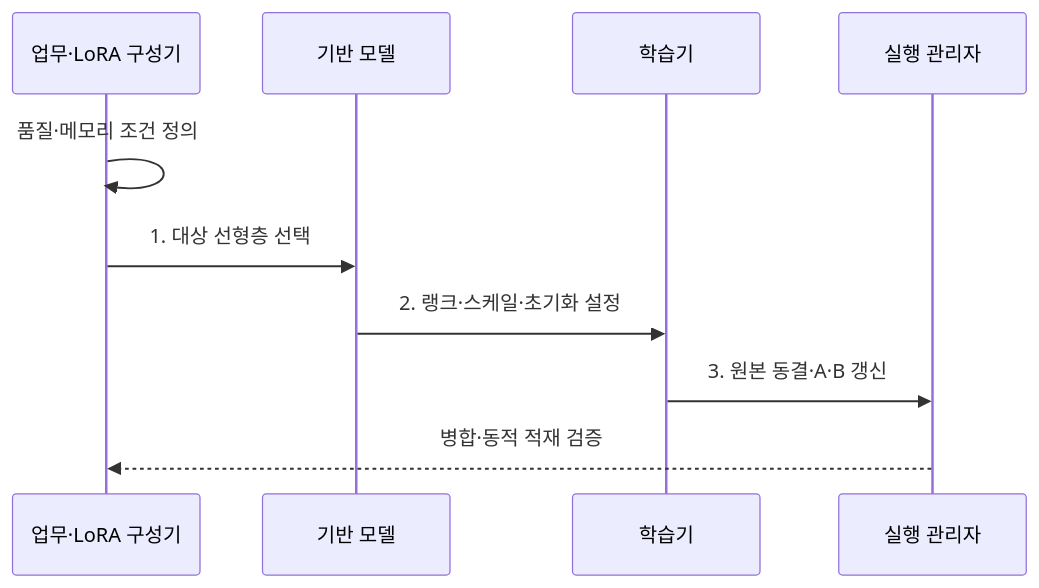
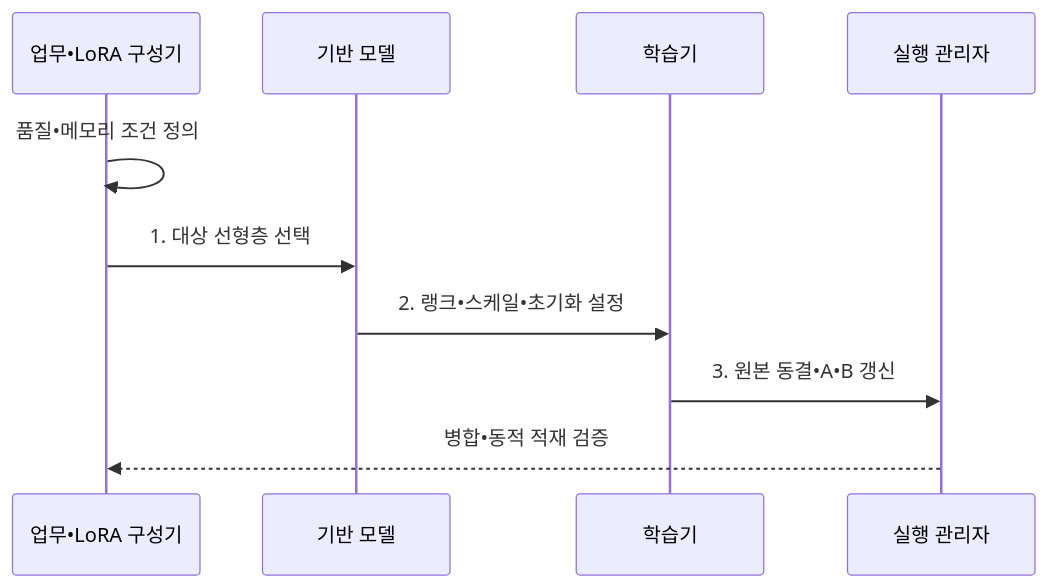
One commit to agnusdei1207/knowledge-base changed the second of 2 diagrams in src/content/docs/notes/08-latest-tech/062_low_rank_adaptation.md. Above: the diagram before and after it, drawn with Mermaid. The commit also changed other lines of this file and 953 other files, not shown here.

````diff
--- a/src/content/docs/notes/08-latest-tech/062_low_rank_adaptation.md
+++ b/src/content/docs/notes/08-latest-tech/062_low_rank_adaptation.md
@@ -107,12 +107,12 @@
 ```mermaid
 sequenceDiagram
-    participant C as 업무·LoRA 구성기
+    participant C as 업무•LoRA 구성기
     participant M as 기반 모델
     participant T as 학습기
     participant R as 실행 관리자
-    C->>C: 품질·메모리 조건 정의
+    C->>C: 품질•메모리 조건 정의
     C->>M: 1. 대상 선형층 선택
-    M->>T: 2. 랭크·스케일·초기화 설정
-    T->>R: 3. 원본 동결·A·B 갱신
-    R-->>C: 병합·동적 적재 검증
+    M->>T: 2. 랭크•스케일•초기화 설정
+    T->>R: 3. 원본 동결•A•B 갱신
+    R-->>C: 병합•동적 적재 검증
 ```
````
